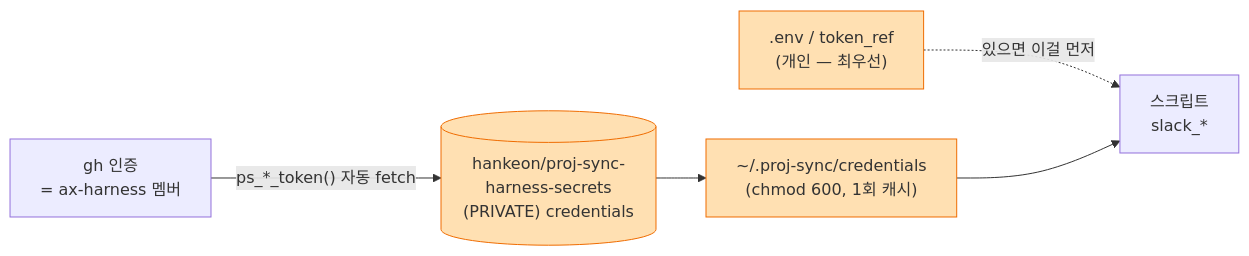
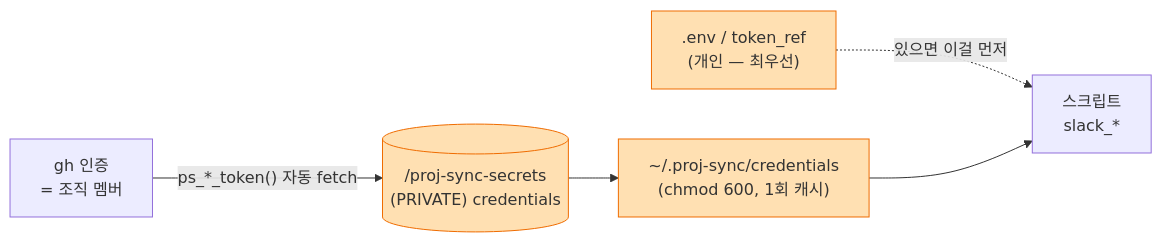
The second of 6 diagrams in docs/notion/overview.md (hank-netpg/proj-sync-harness), drawn with Mermaid before and after one commit. The commit also changed other lines of this file and 21 other files, not shown here.

````diff
--- a/docs/notion/overview.md
+++ b/docs/notion/overview.md
@@ -82,11 +82,11 @@
 ```mermaid
 flowchart LR
-    SEC[("hankeon/proj-sync-harness-secrets<br/>(PRIVATE) credentials")]
-    GHA["gh 인증<br/>= ax-harness 멤버"] -->|"ps_*_token() 자동 fetch"| SEC
+    SEC[("<your-org>/proj-sync-secrets<br/>(PRIVATE) credentials")]
+    GHA["gh 인증<br/>= 조직 멤버"] -->|"ps_*_token() 자동 fetch"| SEC
     SEC --> CACHE["~/.proj-sync/credentials<br/>(chmod 600, 1회 캐시)"]
     ENV[".env / token_ref<br/>(개인 — 최우선)"] -.->|"있으면 이걸 먼저"| SCR
     CACHE --> SCR["스크립트<br/>slack_*"]
 
     classDef sec fill:#ffe0b2,stroke:#ef6c00
     class SEC,CACHE,ENV sec
 ```
````
